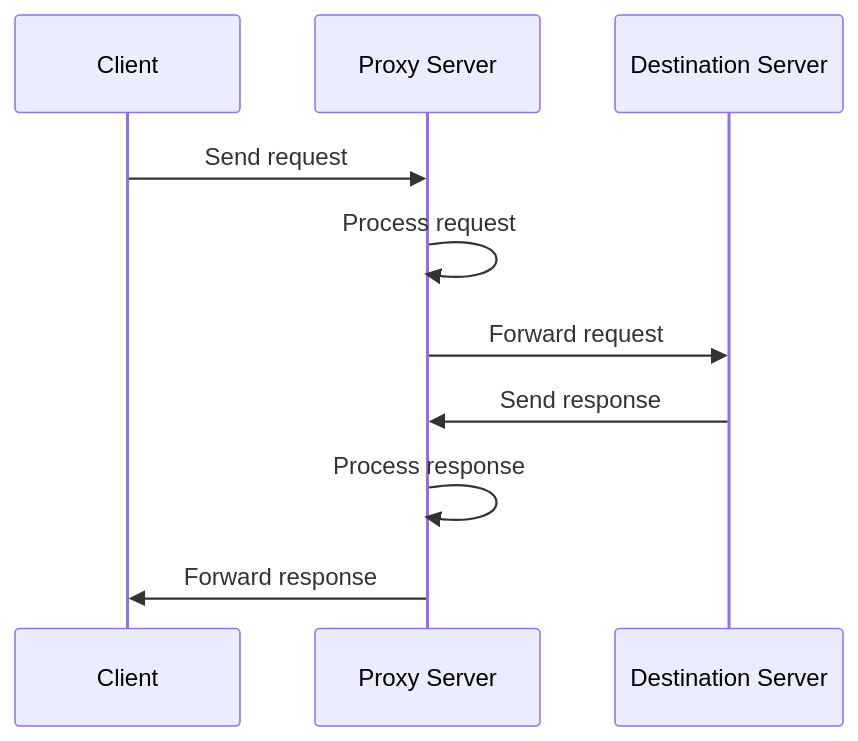
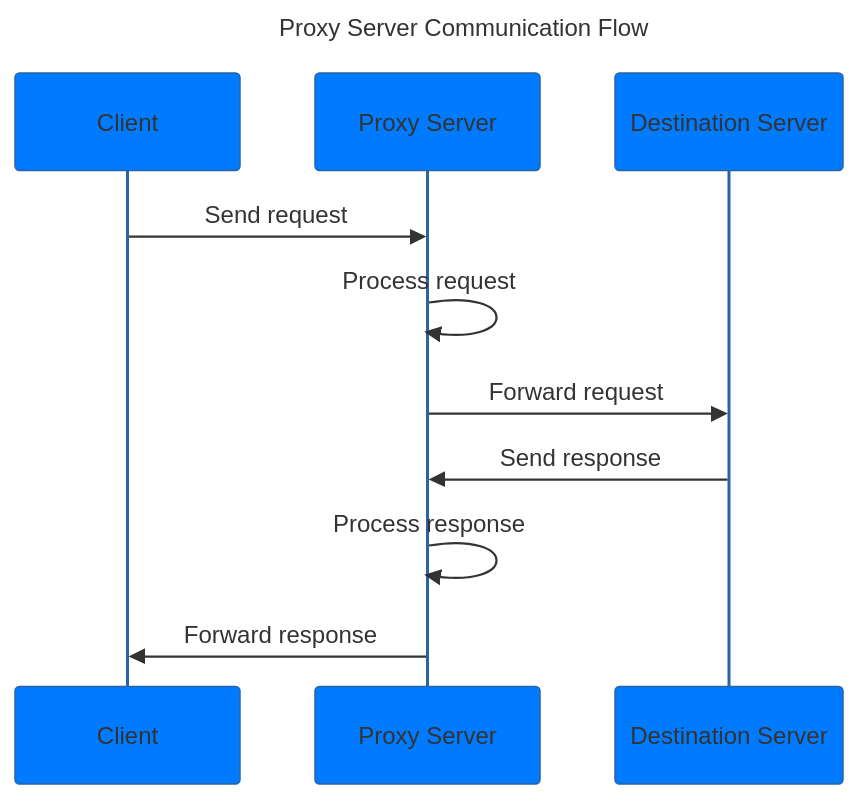
The third of 3 diagrams in syllabus.md (rawrrawrpurpledinosaur/H2-Computing-Notes), drawn with Mermaid before and after one commit. The commit also changed other lines of this file, not shown here.

````diff
--- a/syllabus.md
+++ b/syllabus.md
@@ -441,13 +446,16 @@
 ```mermaid
+%%{init: {'theme': 'base', 'themeVariables': { 'primaryColor': '#007bff', 'secondaryColor': '#6c757d', 'tertiaryColor': '#28a745'}}}%%
+
 sequenceDiagram
+    title Proxy Server Communication Flow
     participant Client
     participant Proxy Server
     participant Destination Server
 
     Client->>Proxy Server: Send request
     Proxy Server->>Proxy Server: Process request
     Proxy Server->>Destination Server: Forward request
     Destination Server->>Proxy Server: Send response
     Proxy Server->>Proxy Server: Process response
     Proxy Server->>Client: Forward response
 ```
````
